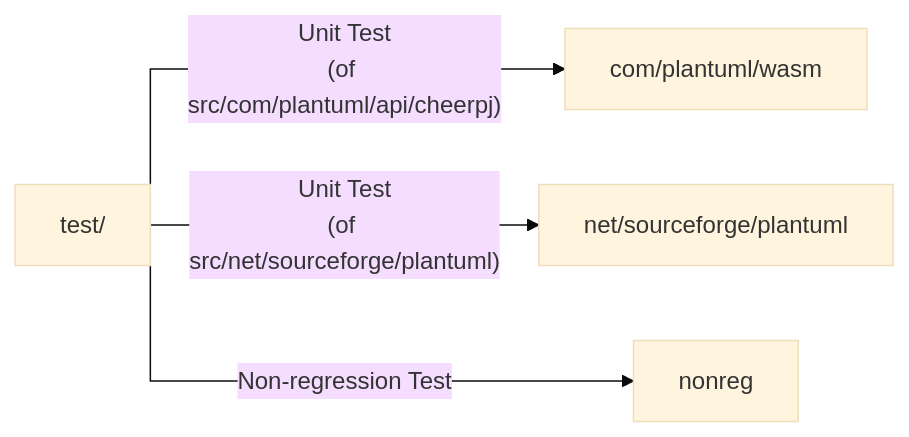
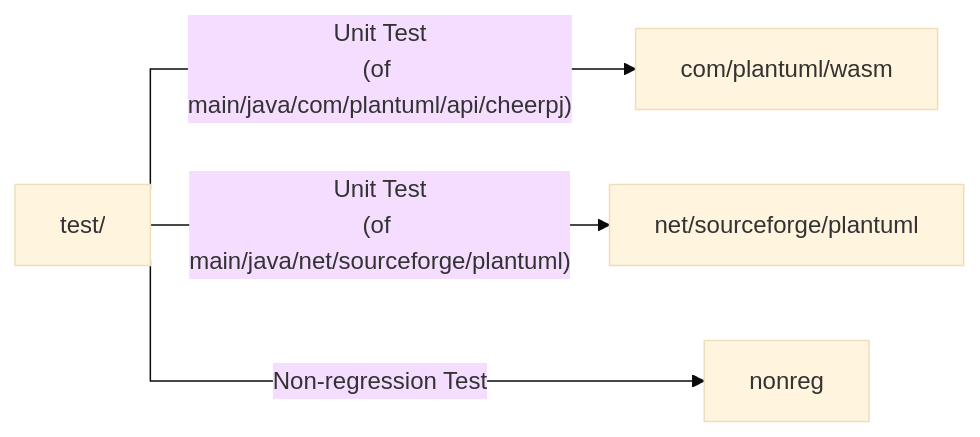
One commit to plantuml/plantuml changed the diagram in docs/TESTING.md. Above: the diagram before and after it, drawn with Mermaid (base theme). The commit also changed other lines of this file, not shown here.

````diff
--- a/docs/TESTING.md
+++ b/docs/TESTING.md
@@ -41,8 +37,8 @@
 ```mermaid
 %%{ init : { "flowchart" : { "curve" : "stepBefore" }}}%%
 graph LR
 T["test/"]
-T -->|"Unit Test\n(of src/com/plantuml/api/cheerpj)"| W["com/plantuml/wasm"]
-T -->|"Unit Test\n(of src/net/sourceforge/plantuml)"| U["net/sourceforge/plantuml"]
+T -->|"Unit Test\n(of main/java/com/plantuml/api/cheerpj)"| W["com/plantuml/wasm"]
+T -->|"Unit Test\n(of main/java/net/sourceforge/plantuml)"| U["net/sourceforge/plantuml"]
 T -->|"Non-regression Test"| N[nonreg]
 ```
````
